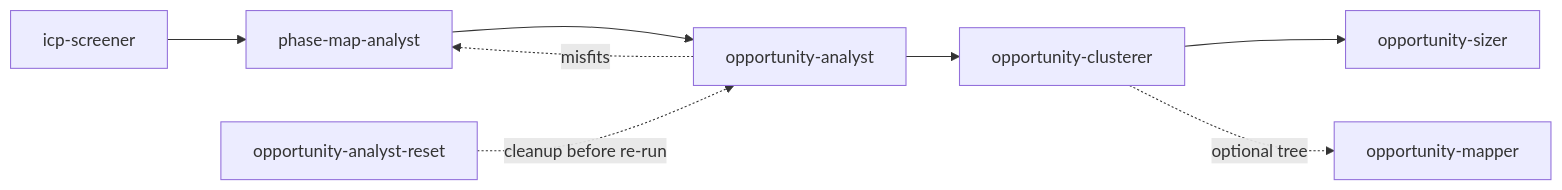
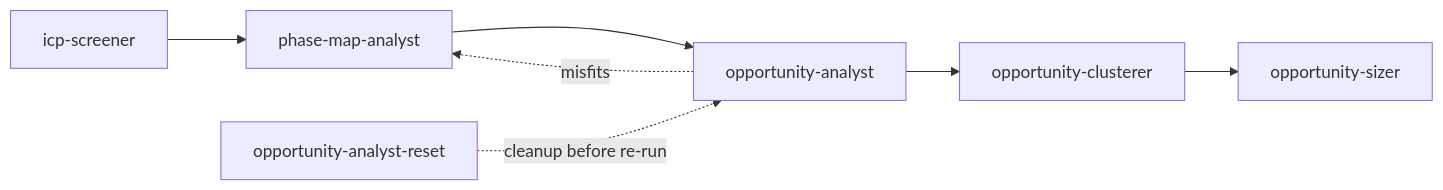
Before and after one commit to Elsevanderberg1/product-discovery-skills: the diagram in README.md, drawn with Mermaid. The commit also changed other lines of this file and 3 other files, not shown here.

First line of the commit message:
Strip remaining opportunity-mapper references

````diff
--- a/README.md
+++ b/README.md
@@ -16,10 +16,9 @@
 ```mermaid
 flowchart LR
   A[icp-screener] --> B[phase-map-analyst]
   B --> C[opportunity-analyst]
   C --> D[opportunity-clusterer]
   D --> E[opportunity-sizer]
-  D -. optional tree .-> M[opportunity-mapper]
   C -. misfits .-> B
   R[opportunity-analyst-reset] -. cleanup before re-run .-> C
 ```
````
